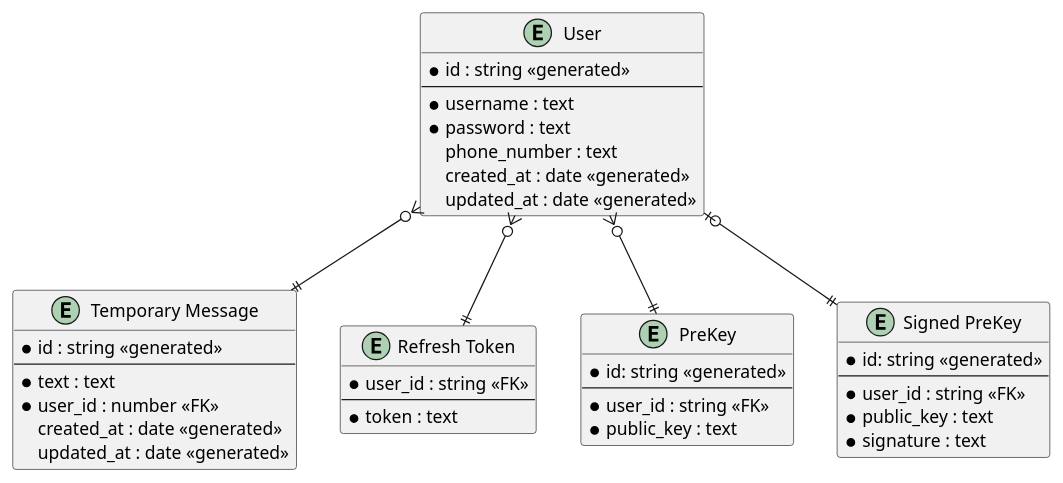
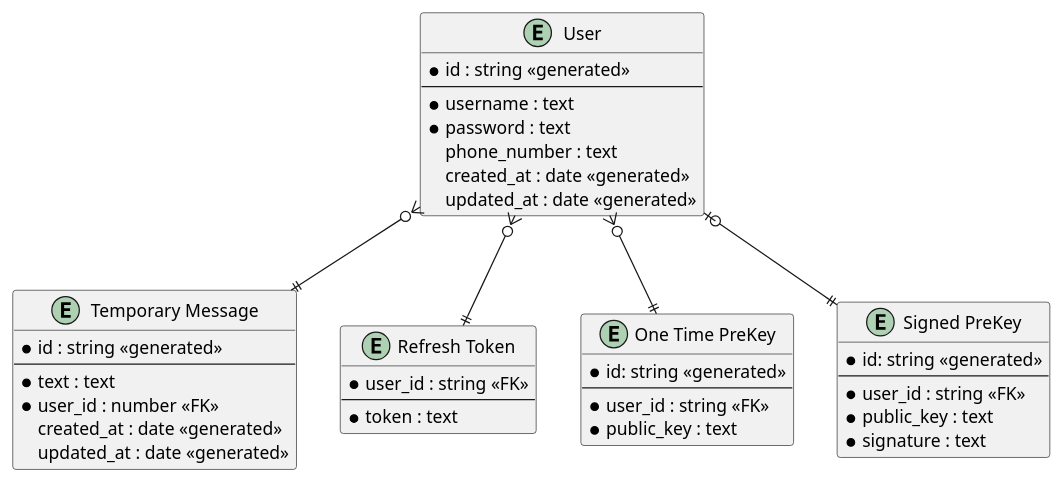
Before and after one commit to nezia1/missive-documentation: the diagram in docs/assets/diagrams/src/database.puml, drawn with PlantUML.

Commit message:
update database diagram

```diff
--- a/docs/assets/diagrams/src/database.puml
+++ b/docs/assets/diagrams/src/database.puml
@@ -1,46 +1,46 @@
 @startuml database
 entity "User" as user {
     * id : string <<generated>>
     --
     * username : text 
     * password : text
     phone_number : text
     created_at : date <<generated>>
     updated_at : date <<generated>>
 }
 
 entity "Temporary Message" as temporaryMessage {
     * id : string <<generated>>
     --
     * text : text
     * user_id : number <<FK>>
     created_at : date <<generated>>
     updated_at : date <<generated>>
 }
 
 entity "Refresh Token" as refreshToken {
     * user_id : string <<FK>>
     --
     * token : text
 }
 
-entity "PreKey" as preKey {
+entity "One Time PreKey" as oneTimePreKey {
     * id: string <<generated>>
     --
     * user_id : string <<FK>>
     * public_key : text
 }
 
 entity "Signed PreKey" as signedPreKey {
     * id: string <<generated>>
     --
     * user_id : string <<FK>>
     * public_key : text
     * signature : text
 }
 
 user }o--|| temporaryMessage
 user }o--|| refreshToken
-user }o--|| preKey
+user }o--|| oneTimePreKey
 user |o--|| signedPreKey
 @enduml
```
